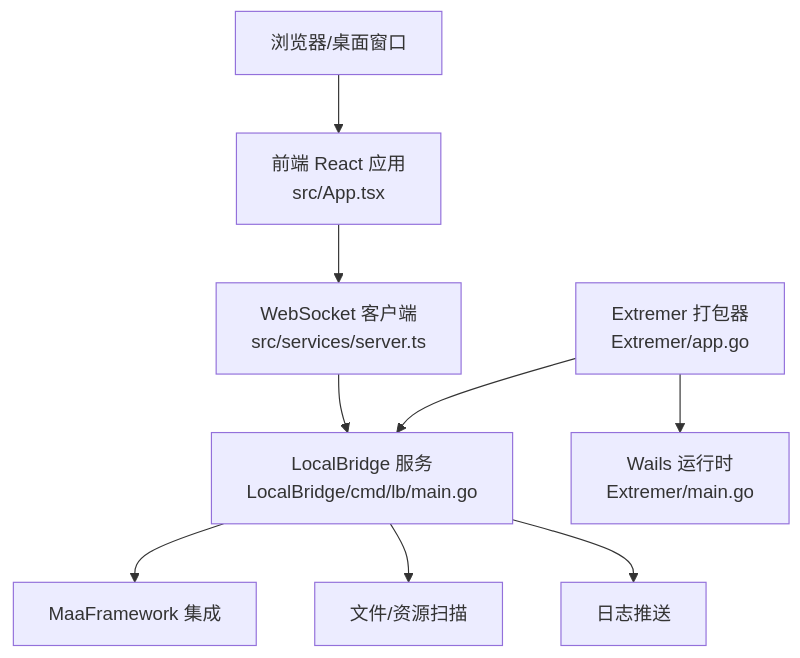
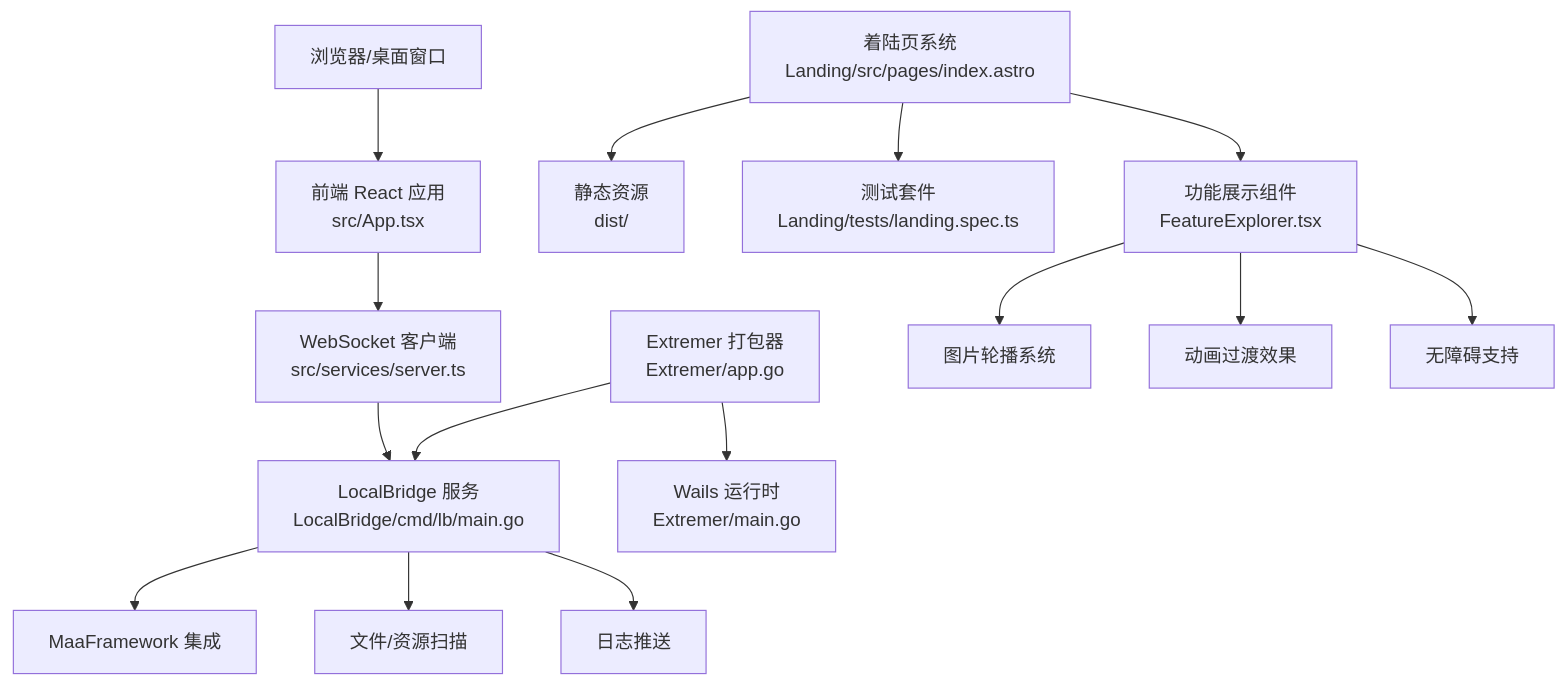
Before and after one commit to kqcoxn/MaaPipelineEditor: the second of 9 diagrams in .qoder/repowiki/zh/content/开发者指南/开发者指南.md, drawn with Mermaid. The commit also changed other lines of this file and 8 other files, not shown here.

````diff
--- a/.qoder/repowiki/zh/content/开发者指南/开发者指南.md
+++ b/.qoder/repowiki/zh/content/开发者指南/开发者指南.md
@@ -121,11 +165,17 @@
 ```mermaid
 graph TB
 Browser["浏览器/桌面窗口"] --> Frontend["前端 React 应用<br/>src/App.tsx"]
 Frontend --> WS["WebSocket 客户端<br/>src/services/server.ts"]
 WS --> LB["LocalBridge 服务<br/>LocalBridge/cmd/lb/main.go"]
 LB --> MFW["MaaFramework 集成"]
 LB --> FS["文件/资源扫描"]
 LB --> Log["日志推送"]
 EX["Extremer 打包器<br/>Extremer/app.go"] --> LB
 EX --> Wails["Wails 运行时<br/>Extremer/main.go"]
+Landing["着陆页系统<br/>Landing/src/pages/index.astro"] --> Static["静态资源<br/>dist/"]
+Landing --> Tests["测试套件<br/>Landing/tests/landing.spec.ts"]
+Landing --> FeatureExplorer["功能展示组件<br/>FeatureExplorer.tsx"]
+FeatureExplorer --> Images["图片轮播系统"]
+FeatureExplorer --> Animations["动画过渡效果"]
+FeatureExplorer --> Accessibility["无障碍支持"]
 ```
````
